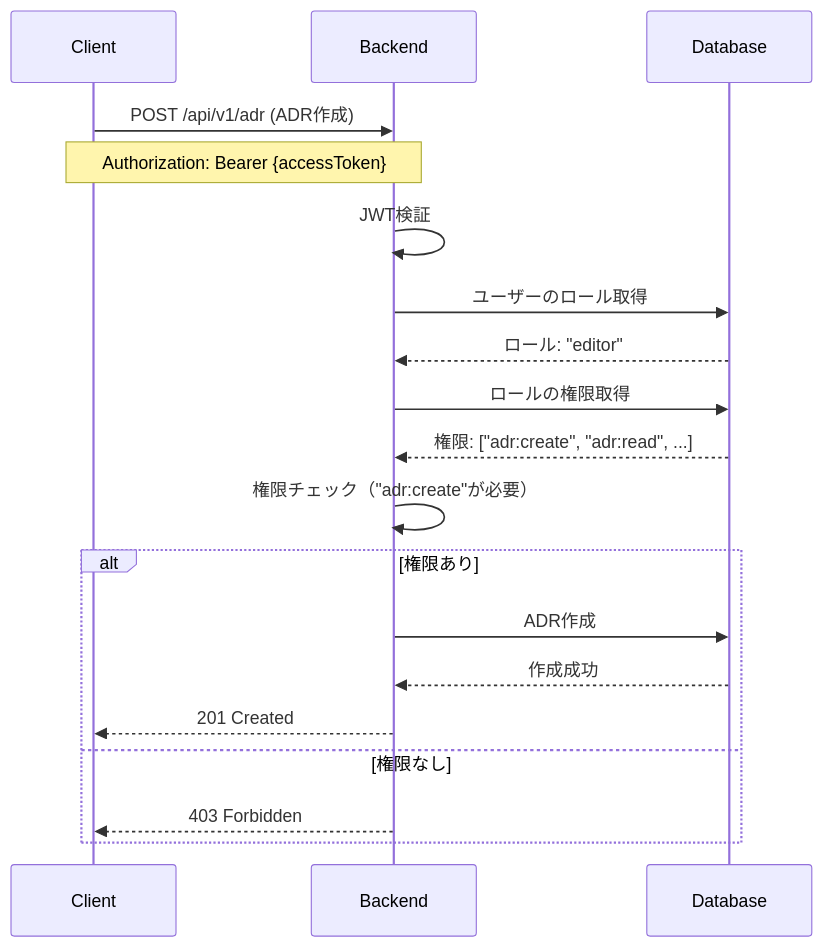
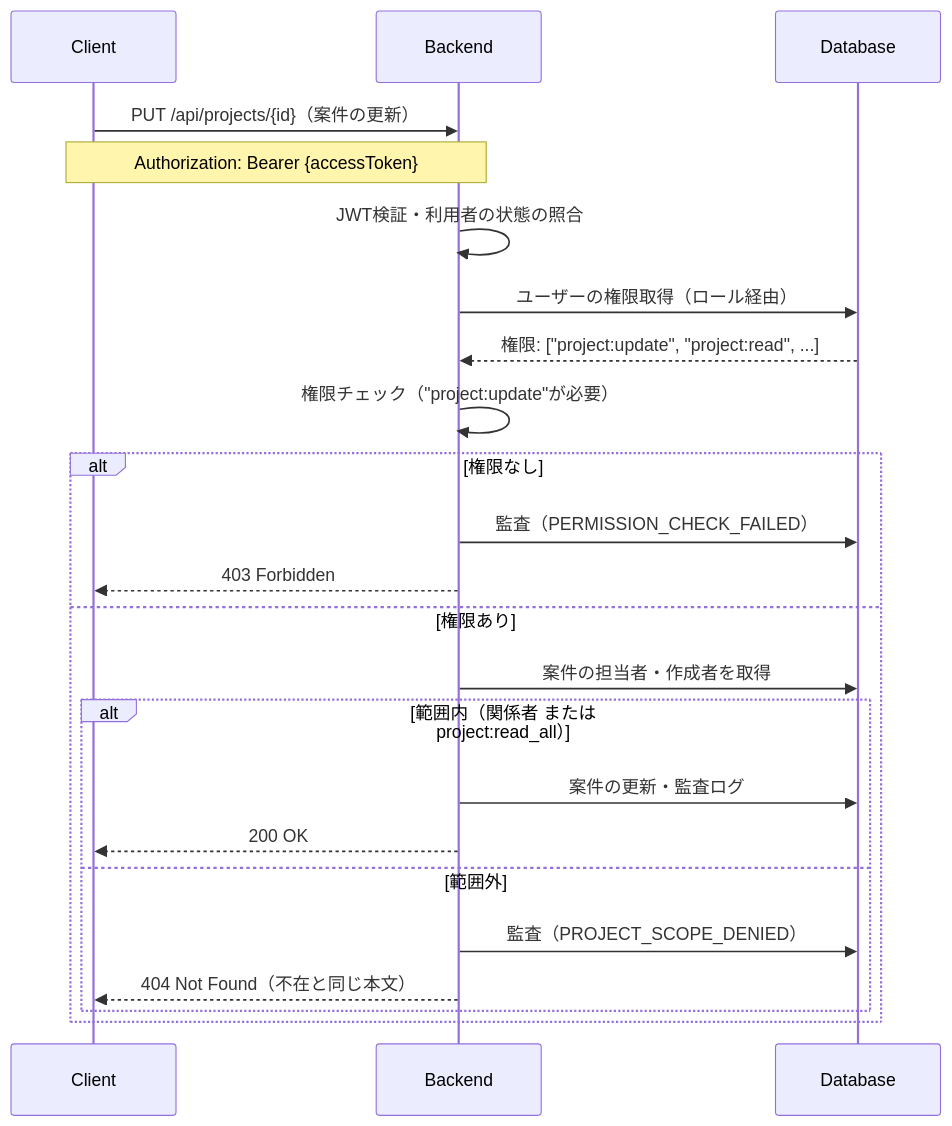
Before and after one commit to inakanou/ArchiTrack: the fifth of 8 diagrams in docs/architecture/data-flow.md, drawn with Mermaid. The commit also changed other lines of this file and 15 other files, not shown here.

````diff
--- a/docs/architecture/data-flow.md
+++ b/docs/architecture/data-flow.md
@@ -148,26 +185,29 @@
 ```mermaid
 sequenceDiagram
     participant Client
     participant Backend
     participant Database
 
-    Client->>Backend: POST /api/v1/adr (ADR作成)
+    Client->>Backend: PUT /api/projects/{id}（案件の更新）
     Note over Client,Backend: Authorization: Bearer {accessToken}
 
-    Backend->>Backend: JWT検証
-    Backend->>Database: ユーザーのロール取得
-    Database-->>Backend: ロール: "editor"
+    Backend->>Backend: JWT検証・利用者の状態の照合
+    Backend->>Database: ユーザーの権限取得（ロール経由）
+    Database-->>Backend: 権限: ["project:update", "project:read", ...]
 
-    Backend->>Database: ロールの権限取得
-    Database-->>Backend: 権限: ["adr:create", "adr:read", ...]
+    Backend->>Backend: 権限チェック（"project:update"が必要）
 
-    Backend->>Backend: 権限チェック（"adr:create"が必要）
-
-    alt 権限あり
-        Backend->>Database: ADR作成
-        Database-->>Backend: 作成成功
-        Backend-->>Client: 201 Created
-    else 権限なし
+    alt 権限なし
+        Backend->>Database: 監査（PERMISSION_CHECK_FAILED）
         Backend-->>Client: 403 Forbidden
+    else 権限あり
+        Backend->>Database: 案件の担当者・作成者を取得
+        alt 範囲内（関係者 または project:read_all）
+            Backend->>Database: 案件の更新・監査ログ
+            Backend-->>Client: 200 OK
+        else 範囲外
+            Backend->>Database: 監査（PROJECT_SCOPE_DENIED）
+            Backend-->>Client: 404 Not Found（不在と同じ本文）
+        end
     end
 ```
````
